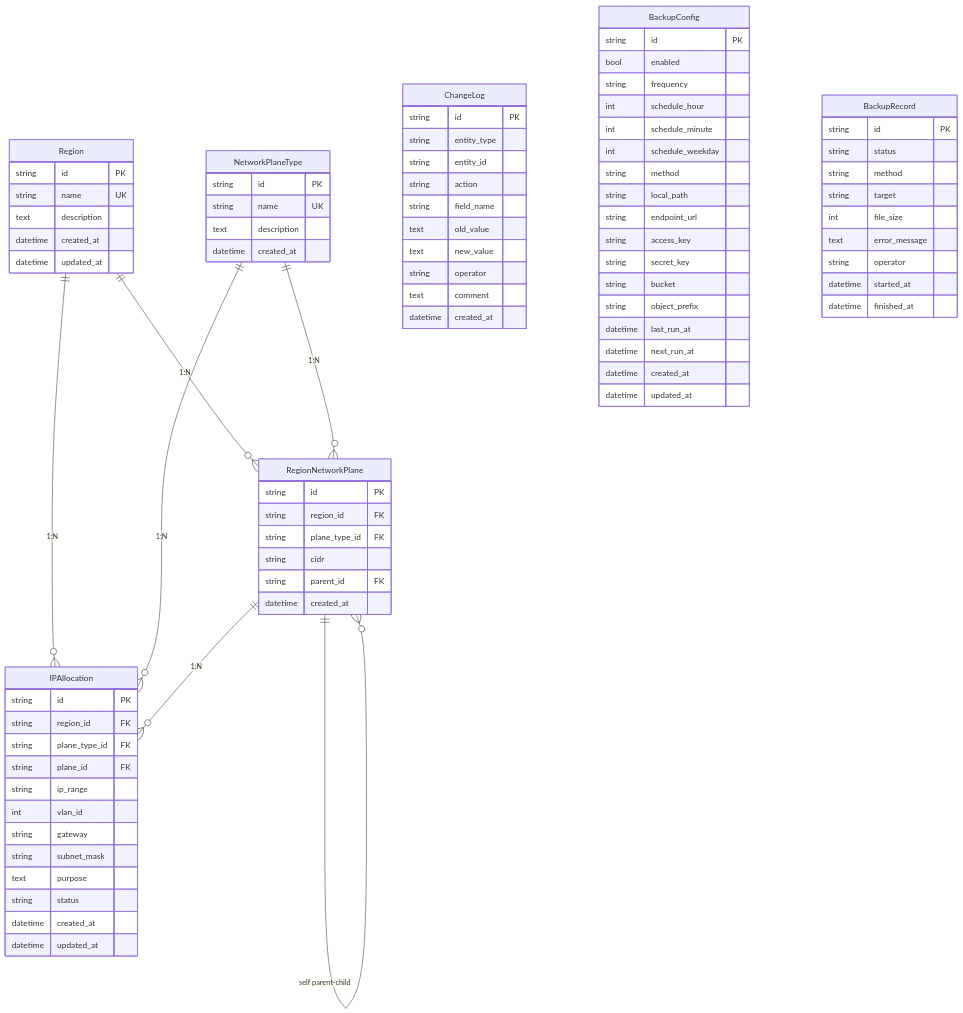
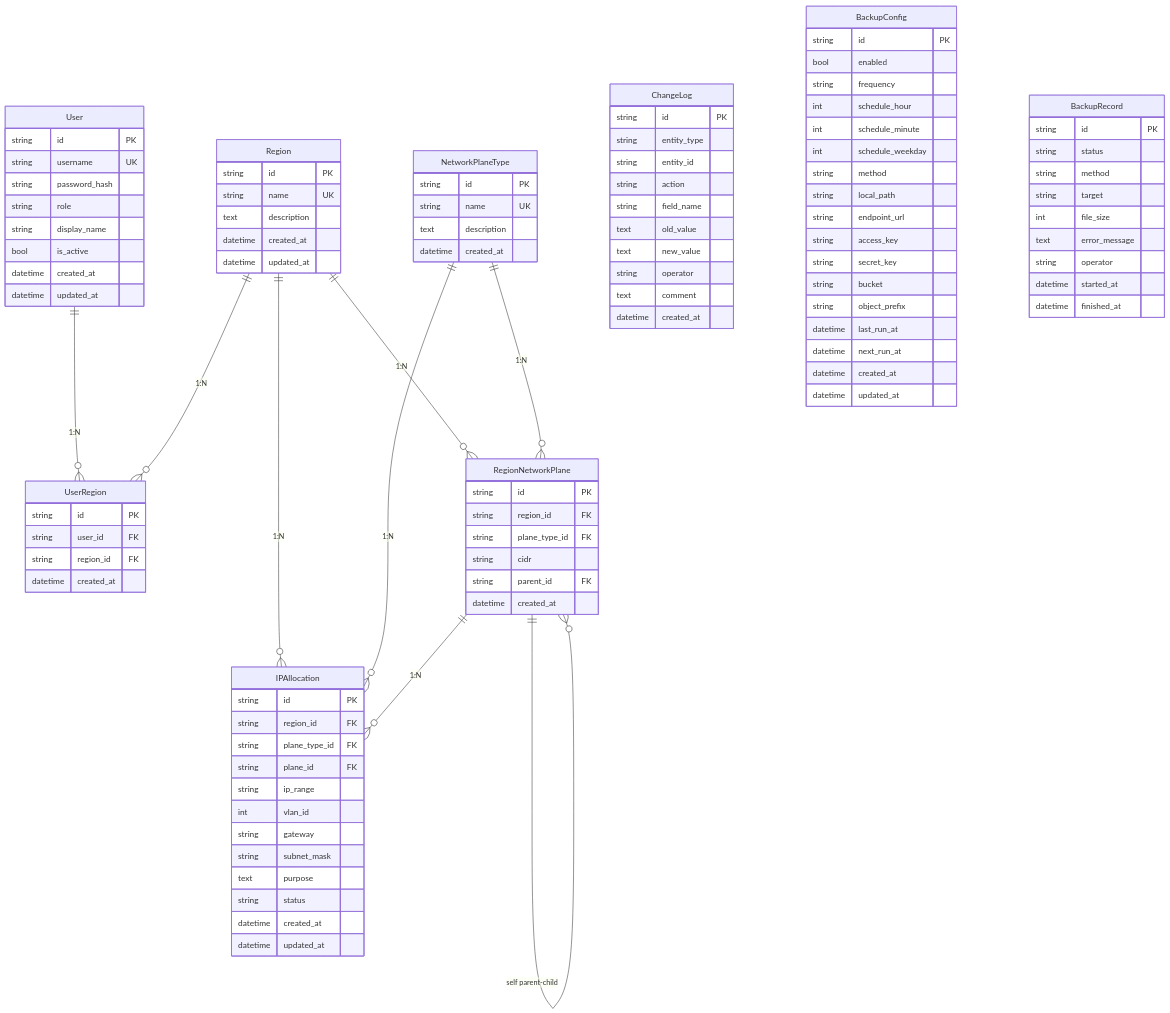
One commit to zhou-xingxing/hcs-lld-management changed the second of 4 diagrams in SYSTEM_DESIGN.md. Above: the diagram before and after it, drawn with Mermaid. The commit also changed other lines of this file and 41 other files, not shown here.

````diff
--- a/SYSTEM_DESIGN.md
+++ b/SYSTEM_DESIGN.md
@@ -94,11 +98,31 @@
 ```mermaid
 erDiagram
+    User ||--o{ UserRegion : "1:N"
+    Region ||--o{ UserRegion : "1:N"
     Region ||--o{ RegionNetworkPlane : "1:N"
     NetworkPlaneType ||--o{ RegionNetworkPlane : "1:N"
     RegionNetworkPlane ||--o{ RegionNetworkPlane : "self parent-child"
     Region ||--o{ IPAllocation : "1:N"
     NetworkPlaneType ||--o{ IPAllocation : "1:N"
     RegionNetworkPlane ||--o{ IPAllocation : "1:N"
+
+    User {
+        string id PK
+        string username UK
+        string password_hash
+        string role
+        string display_name
+        bool   is_active
+        datetime created_at
+        datetime updated_at
+    }
+
+    UserRegion {
+        string id PK
+        string user_id FK
+        string region_id FK
+        datetime created_at
+    }
 
     Region {
         string id PK
````
